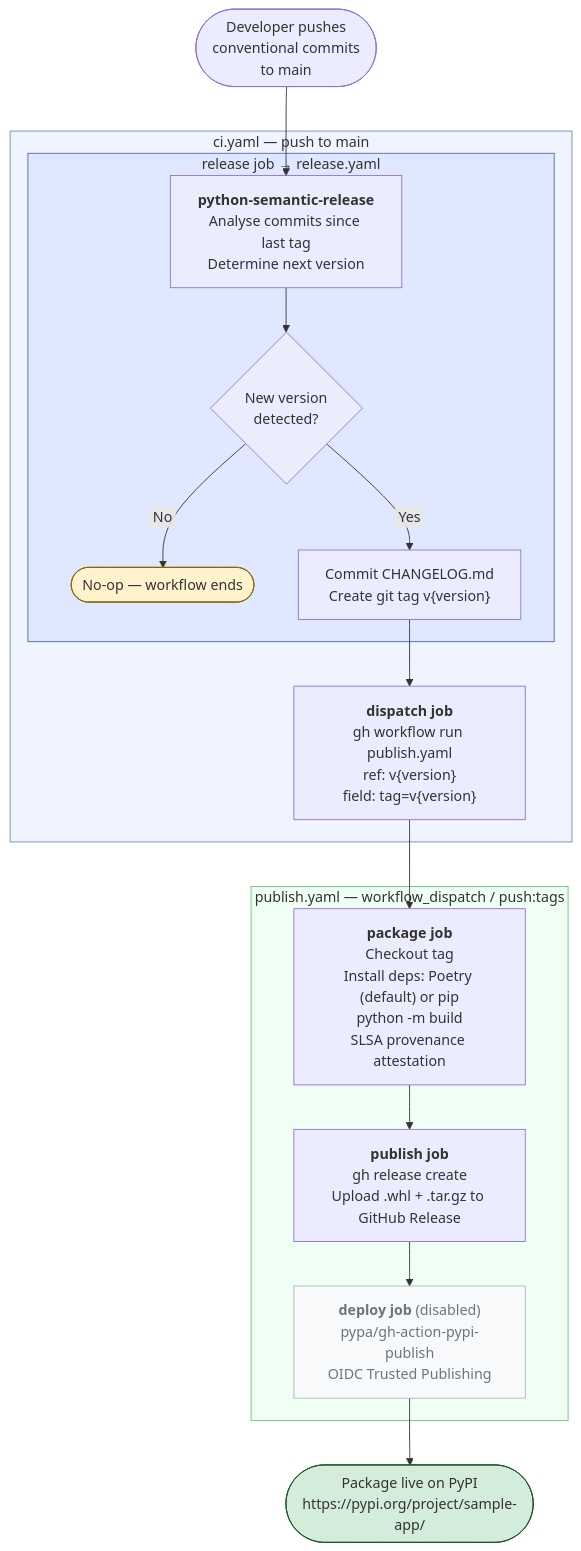
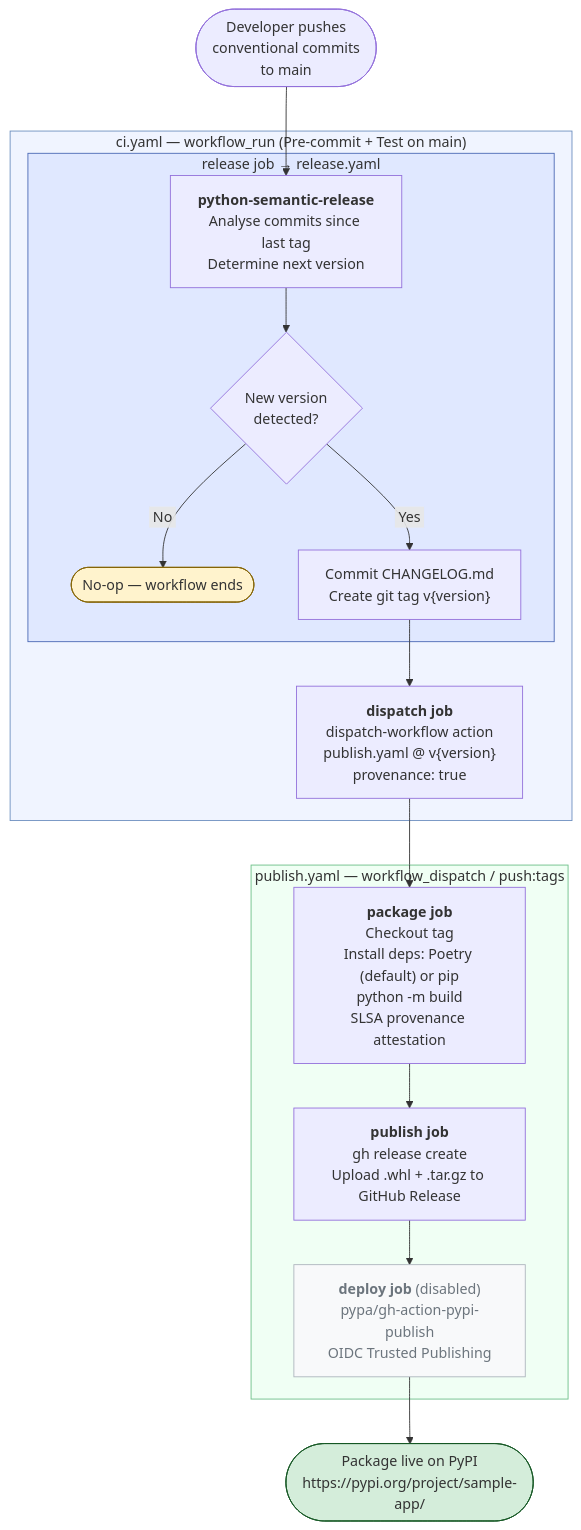
The diagram in README.md (stairwaytowonderland/python-reusable-workflows), drawn with Mermaid before and after one commit. The commit also changed other lines of this file and 2 other files, not shown here.

````diff
--- a/README.md
+++ b/README.md
@@ -64,30 +64,30 @@
 ```mermaid
 flowchart TD
     A([Developer pushes<br>conventional commits<br>to main]) --> PSR
 
-    subgraph CI ["ci.yaml — push to main"]
+    subgraph CI ["ci.yaml — workflow_run (Pre-commit + Test on main)"]
         subgraph R ["release job → release.yaml"]
             PSR["<b>python-semantic-release</b><br>Analyse commits since last tag<br>Determine next version"] --> C{New version<br>detected?}
             C -- "&nbsp;No&nbsp;" --> Z([No-op — workflow ends])
             C -- "&nbsp;Yes&nbsp;" --> D["Commit CHANGELOG.md<br>Create git tag v{version}"]
         end
 
-        D --> DISPATCH["<b>dispatch job</b><br>gh workflow run publish.yaml<br>ref: v{version}<br>field: tag=v{version}"]
+        D --> DISPATCH["<b>dispatch job</b><br>dispatch-workflow action<br>publish.yaml @ v{version}<br>provenance: true"]
     end
 
     subgraph P ["publish.yaml — workflow_dispatch / push:tags"]
         E["<b>package job</b><br>Checkout tag<br>Install deps: Poetry (default) or pip<br>python -m build<br>SLSA provenance attestation"]
         E --> F["<b>publish job</b><br>gh release create<br>Upload .whl + .tar.gz to GitHub Release"]
         F --> G["<b>deploy job</b> (disabled)<br>pypa/gh-action-pypi-publish<br>OIDC Trusted Publishing"]
     end
 
     DISPATCH --> E
     G --> H([Package live on PyPI<br>https://pypi.org/project/sample-app/])
 
     style CI fill:#f0f4ff,stroke:#6c8ebf
     style R fill:#e0e8ff,stroke:#4a68b4
     style P fill:#f0fff4,stroke:#6cbf87
     style Z fill:#fff3cd,stroke:#856404
     style H fill:#d4edda,stroke:#155724
     style G fill:#f8f9fa,stroke:#adb5bd,color:#6c757d
 ```
````
